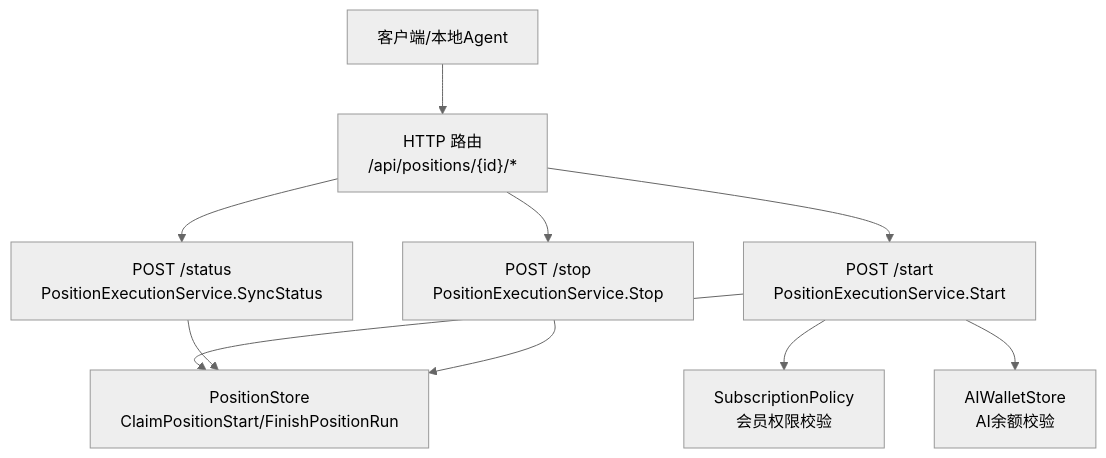
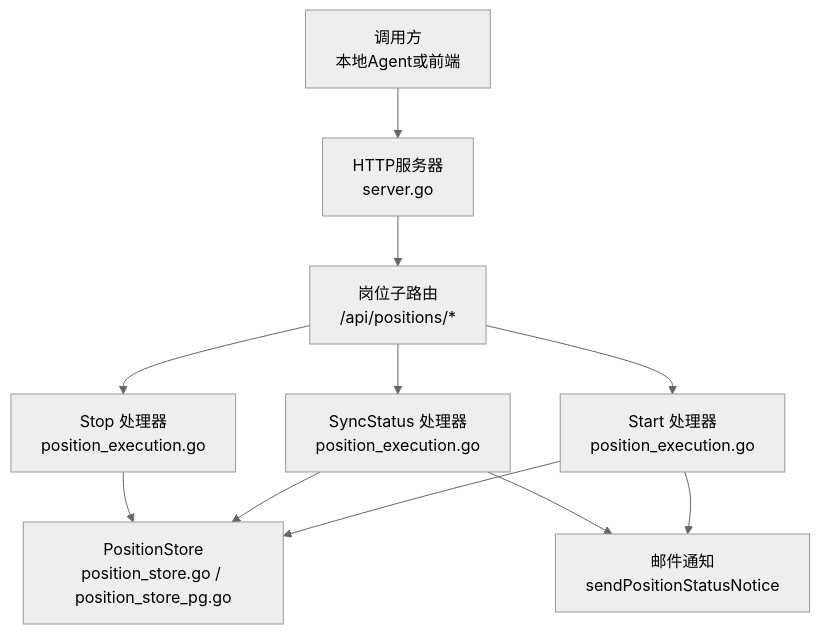
The first of 9 diagrams in .qoder/repowiki/zh/content/API接口文档/云端REST API/岗位管理API/岗位执行控制接口.md (alvinwangzi/goodhr), drawn with Mermaid (neutral theme) before and after one commit. The commit also changed other lines of this file and 149 other files, not shown here.

````diff
--- a/.qoder/repowiki/zh/content/API接口文档/云端REST API/岗位管理API/岗位执行控制接口.md
+++ b/.qoder/repowiki/zh/content/API接口文档/云端REST API/岗位管理API/岗位执行控制接口.md
@@ -39,12 +41,13 @@
 ```mermaid
 graph TB
-Client["客户端/本地Agent"] --> Router["HTTP 路由<br/>/api/positions/{id}/*"]
-Router --> Start["POST /start<br/>PositionExecutionService.Start"]
-Router --> Stop["POST /stop<br/>PositionExecutionService.Stop"]
-Router --> Status["POST /status<br/>PositionExecutionService.SyncStatus"]
-Start --> Store["PositionStore<br/>ClaimPositionStart/FinishPositionRun"]
-Start --> Sub["SubscriptionPolicy<br/>会员权限校验"]
-Start --> Wallet["AIWalletStore<br/>AI余额校验"]
-Status --> Store
-Stop --> Store
+Client["调用方<br/>本地Agent或前端"] --> Server["HTTP服务器<br/>server.go"]
+Server --> PositionRoute["岗位子路由<br/>/api/positions/*"]
+PositionRoute --> StartHandler["Start 处理器<br/>position_execution.go"]
+PositionRoute --> StopHandler["Stop 处理器<br/>position_execution.go"]
+PositionRoute --> StatusHandler["SyncStatus 处理器<br/>position_execution.go"]
+StartHandler --> Store["PositionStore<br/>position_store.go / position_store_pg.go"]
+StatusHandler --> Store
+StopHandler --> Store
+StartHandler --> Mailer["邮件通知<br/>sendPositionStatusNotice"]
+StatusHandler --> Mailer
 ```
````
